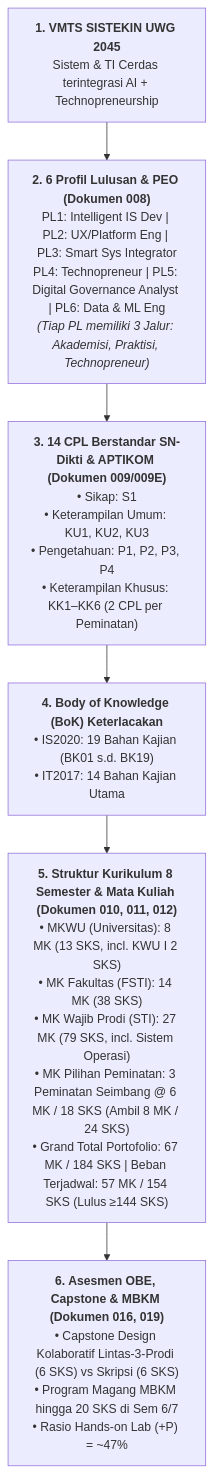
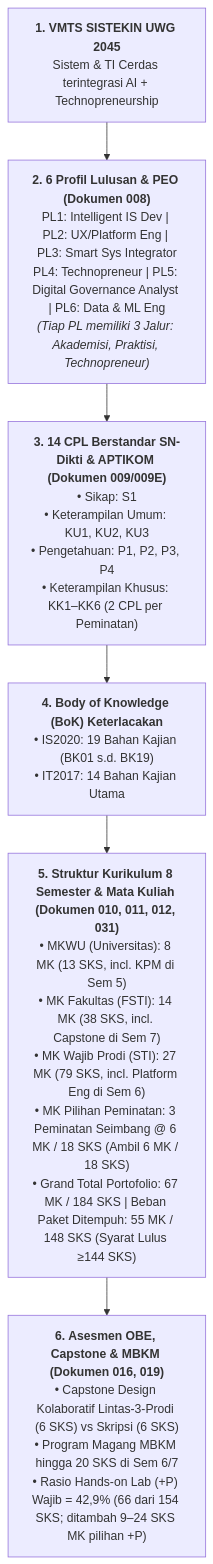
Before and after one commit to roniwahyu/--BRAINSTORMING_KURIKULUM2026: the diagram in KURIKULUM2026_ZCODE/020_ANALISIS_KESELARASAN_KURIKULUM_OBE_SISTEKIN.md, drawn with Mermaid. The commit also changed other lines of this file and 11 other files, not shown here.

````diff
--- a/KURIKULUM2026_ZCODE/020_ANALISIS_KESELARASAN_KURIKULUM_OBE_SISTEKIN.md
+++ b/KURIKULUM2026_ZCODE/020_ANALISIS_KESELARASAN_KURIKULUM_OBE_SISTEKIN.md
@@ -12,13 +12,13 @@
 ```mermaid
 graph TD
     VMTS["<b>1. VMTS SISTEKIN UWG 2045</b><br/>Sistem & TI Cerdas terintegrasi AI + Technopreneurship"]
     --> PL["<b>2. 6 Profil Lulusan & PEO (Dokumen 008)</b><br/>PL1: Intelligent IS Dev | PL2: UX/Platform Eng | PL3: Smart Sys Integrator<br/>PL4: Technopreneur | PL5: Digital Governance Analyst | PL6: Data & ML Eng<br/><i>(Tiap PL memiliki 3 Jalur: Akademisi, Praktisi, Technopreneur)</i>"]
     
     PL --> CPL["<b>3. 14 CPL Berstandar SN-Dikti & APTIKOM (Dokumen 009/009E)</b><br/>• Sikap: S1<br/>• Keterampilan Umum: KU1, KU2, KU3<br/>• Pengetahuan: P1, P2, P3, P4<br/>• Keterampilan Khusus: KK1–KK6 (2 CPL per Peminatan)"]
     
     CPL --> BOK["<b>4. Body of Knowledge (BoK) Keterlacakan</b><br/>• IS2020: 19 Bahan Kajian (BK01 s.d. BK19)<br/>• IT2017: 14 Bahan Kajian Utama"]
     
-    BOK --> STRUKTUR["<b>5. Struktur Kurikulum 8 Semester & Mata Kuliah (Dokumen 010, 011, 012)</b><br/>• MKWU (Universitas): 8 MK (13 SKS, incl. KWU I 2 SKS)<br/>• MK Fakultas (FSTI): 14 MK (38 SKS)<br/>• MK Wajib Prodi (STI): 27 MK (79 SKS, incl. Sistem Operasi)<br/>• MK Pilihan Peminatan: 3 Peminatan Seimbang @ 6 MK / 18 SKS (Ambil 8 MK / 24 SKS)<br/>• Grand Total Portofolio: 67 MK / 184 SKS | Beban Terjadwal: 57 MK / 154 SKS (Lulus ≥144 SKS)"]
+    BOK --> STRUKTUR["<b>5. Struktur Kurikulum 8 Semester & Mata Kuliah (Dokumen 010, 011, 012, 031)</b><br/>• MKWU (Universitas): 8 MK (13 SKS, incl. KPM di Sem 5)<br/>• MK Fakultas (FSTI): 14 MK (38 SKS, incl. Capstone di Sem 7)<br/>• MK Wajib Prodi (STI): 27 MK (79 SKS, incl. Platform Eng di Sem 6)<br/>• MK Pilihan Peminatan: 3 Peminatan Seimbang @ 6 MK / 18 SKS (Ambil 6 MK / 18 SKS)<br/>• Grand Total Portofolio: 67 MK / 184 SKS | Beban Paket Ditempuh: 55 MK / 148 SKS (Syarat Lulus ≥144 SKS)"]
     
-    STRUKTUR --> ASSESS["<b>6. Asesmen OBE, Capstone & MBKM (Dokumen 016, 019)</b><br/>• Capstone Design Kolaboratif Lintas-3-Prodi (6 SKS) vs Skripsi (6 SKS)<br/>• Program Magang MBKM hingga 20 SKS di Sem 6/7<br/>• Rasio Hands-on Lab (+P) = ~47%"]
+    STRUKTUR --> ASSESS["<b>6. Asesmen OBE, Capstone & MBKM (Dokumen 016, 019)</b><br/>• Capstone Design Kolaboratif Lintas-3-Prodi (6 SKS) vs Skripsi (6 SKS)<br/>• Program Magang MBKM hingga 20 SKS di Sem 6/7<br/>• Rasio Hands-on Lab (+P) Wajib = 42,9% (66 dari 154 SKS; ditambah 9–24 SKS MK pilihan +P)"]
 ```
````
